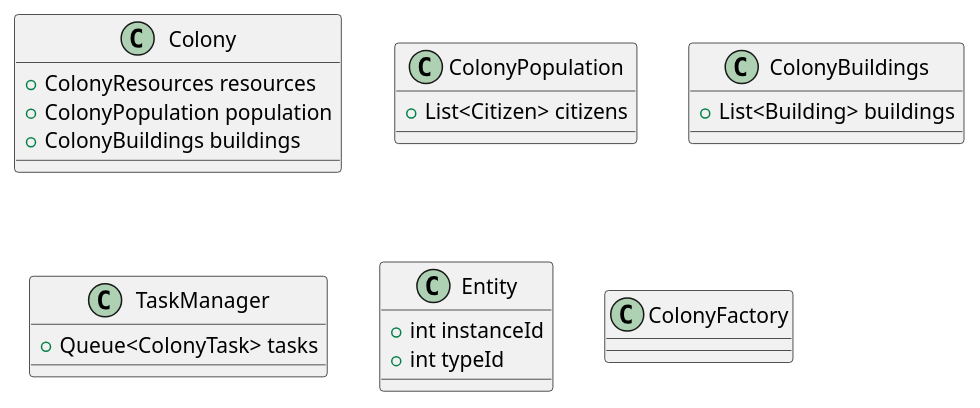
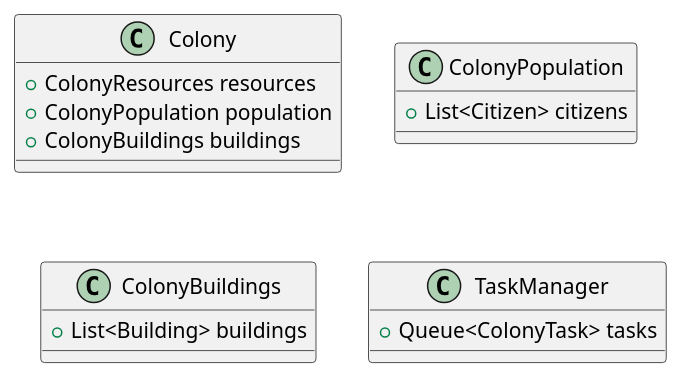
Before and after one commit to minusrep/Pivo-UML: the diagram in Colony.puml, drawn with PlantUML. The commit also changed 2 other files, not shown here.

```diff
--- a/Colony.puml
+++ b/Colony.puml
@@ -1,33 +1,27 @@
 @startuml
 
-class Colony {
+class Colony 
+{
     +ColonyResources resources
     +ColonyPopulation population
     +ColonyBuildings buildings
 }
 
-class ColonyPopulation {
+class ColonyPopulation 
+{
     +List<Citizen> citizens
 }
 
-class ColonyBuildings {
+class ColonyBuildings 
+{
     +List<Building> buildings
 }
 
 class TaskManager
 {
     +Queue<ColonyTask> tasks
 }
 
-class Entity
-{
-    +int instanceId 
-    +int typeId
-}
 
-class ColonyFactory
-{
-
-}
 
 @enduml
```
